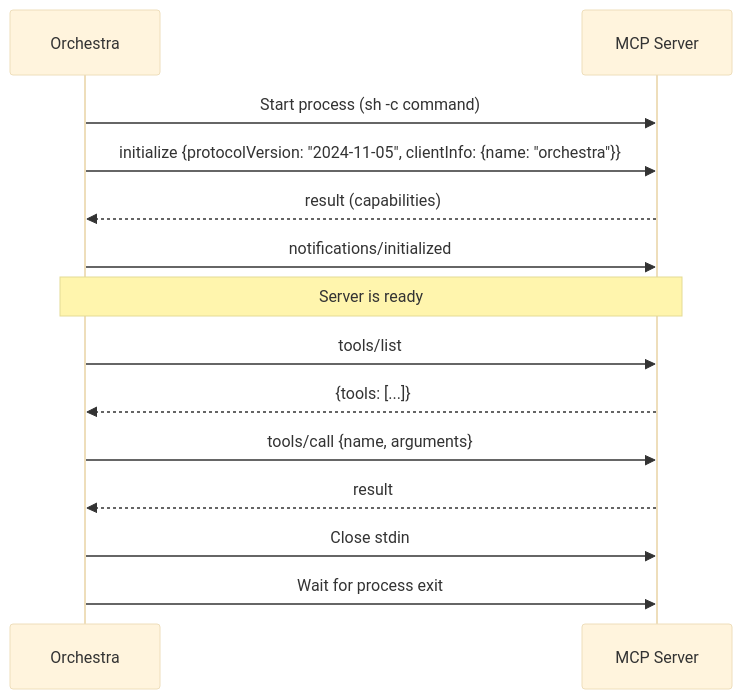
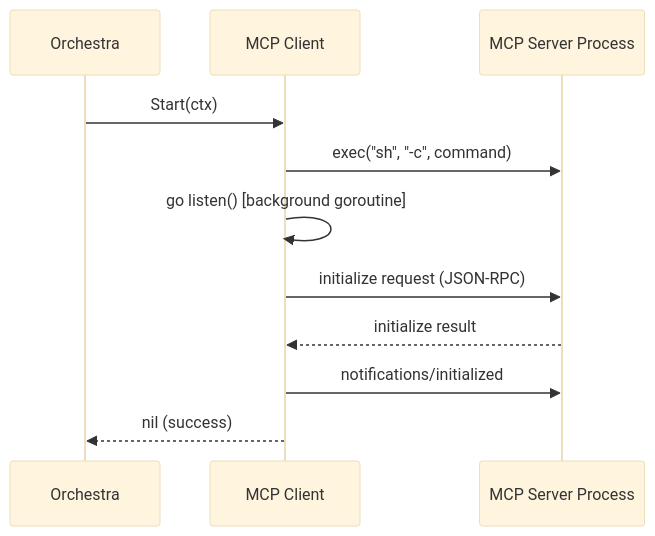
One commit to bradAGI/Orchestra changed the second of 2 diagrams in docs/backend/mcp.md. Above: the diagram before and after it, drawn with Mermaid (base theme). The commit also changed other lines of this file and 3 other files, not shown here.

````diff
--- a/docs/backend/mcp.md
+++ b/docs/backend/mcp.md
@@ -40,20 +57,14 @@
 ```mermaid
 sequenceDiagram
     participant O as Orchestra
-    participant S as MCP Server
+    participant C as MCP Client
+    participant S as MCP Server Process
 
-    O->>S: Start process (sh -c command)
-    O->>S: initialize {protocolVersion: "2024-11-05", clientInfo: {name: "orchestra"}}
-    S-->>O: result (capabilities)
-    O->>S: notifications/initialized
-    Note over O,S: Server is ready
-
-    O->>S: tools/list
-    S-->>O: {tools: [...]}
-
-    O->>S: tools/call {name, arguments}
-    S-->>O: result
-
-    O->>S: Close stdin
-    O->>S: Wait for process exit
+    O->>C: Start(ctx)
+    C->>S: exec("sh", "-c", command)
+    C->>C: go listen() [background goroutine]
+    C->>S: initialize request (JSON-RPC)
+    S-->>C: initialize result
+    C->>S: notifications/initialized
+    C-->>O: nil (success)
 ```
````
